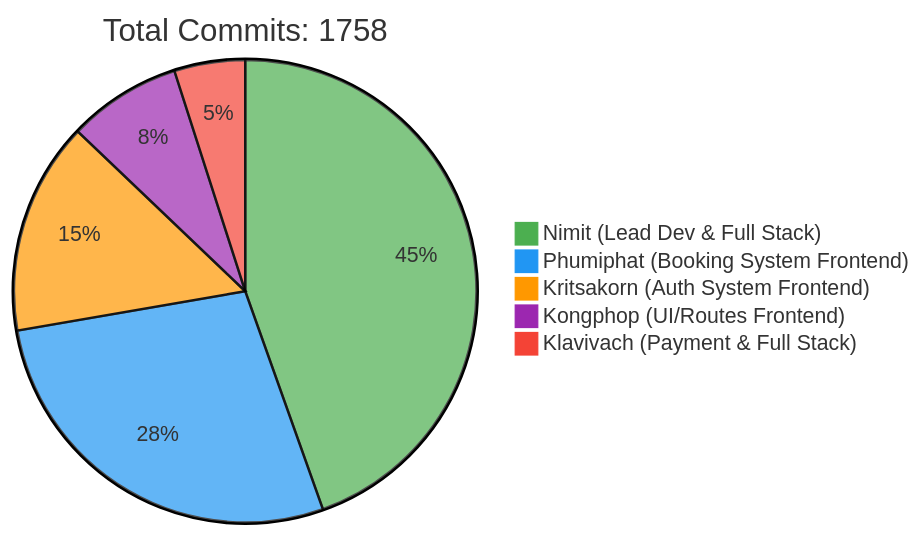
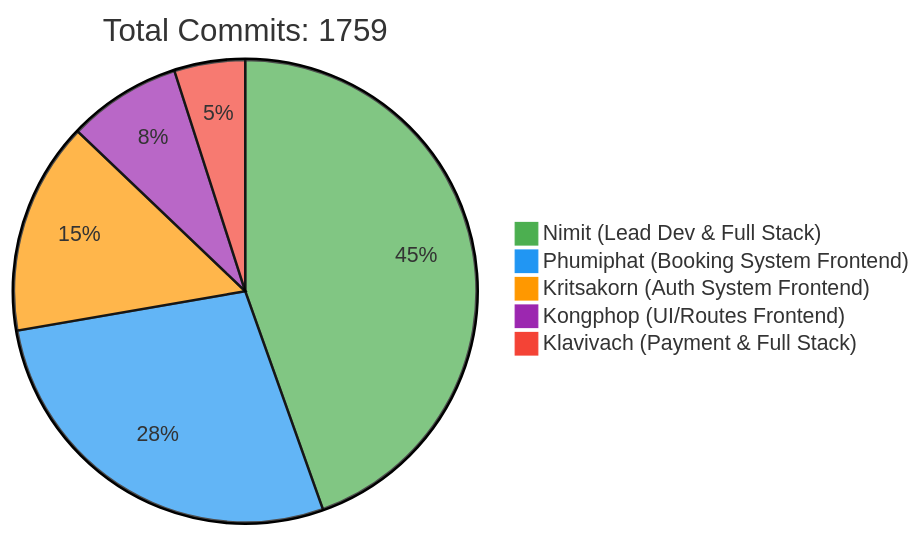
One commit to 6531503042/Sport-Complex changed the first of 2 diagrams in README.md. Above: the diagram before and after it, drawn with Mermaid. The commit also changed other lines of this file, not shown here.

Commit message:
docs: Update contributor statistics [skip ci]

````diff
--- a/README.md
+++ b/README.md
@@ -257,10 +257,10 @@
 ```mermaid
 %%{init: {'theme': 'base', 'themeVariables': { 'pie1': '#4CAF50', 'pie2': '#2196F3', 'pie3': '#FF9800', 'pie4': '#9C27B0', 'pie5': '#F44336'}}}%%
 pie
-    title Total Commits: 1758
+    title Total Commits: 1759
     "Nimit (Lead Dev & Full Stack)" : 450
     "Phumiphat (Booking System Frontend)" : 280
     "Kritsakorn (Auth System Frontend)" : 150
     "Kongphop (UI/Routes Frontend)" : 80
     "Klavivach (Payment & Full Stack)" : 50
 ```
````
